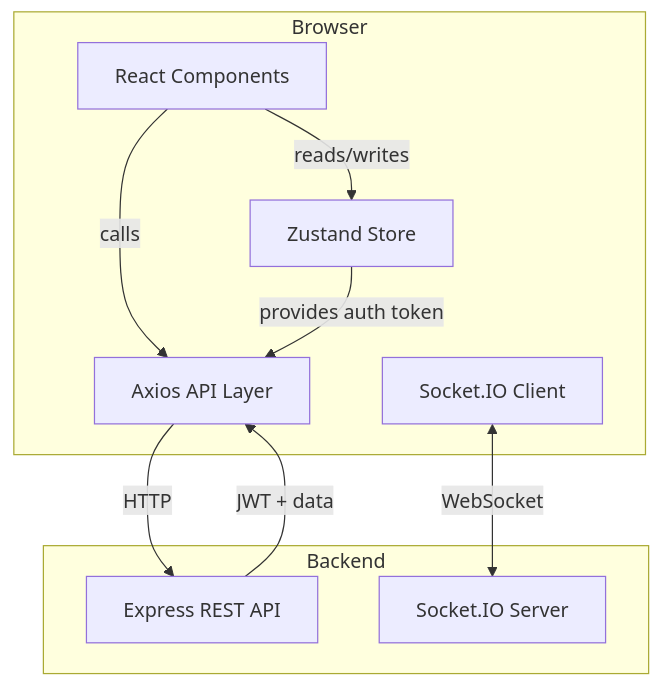
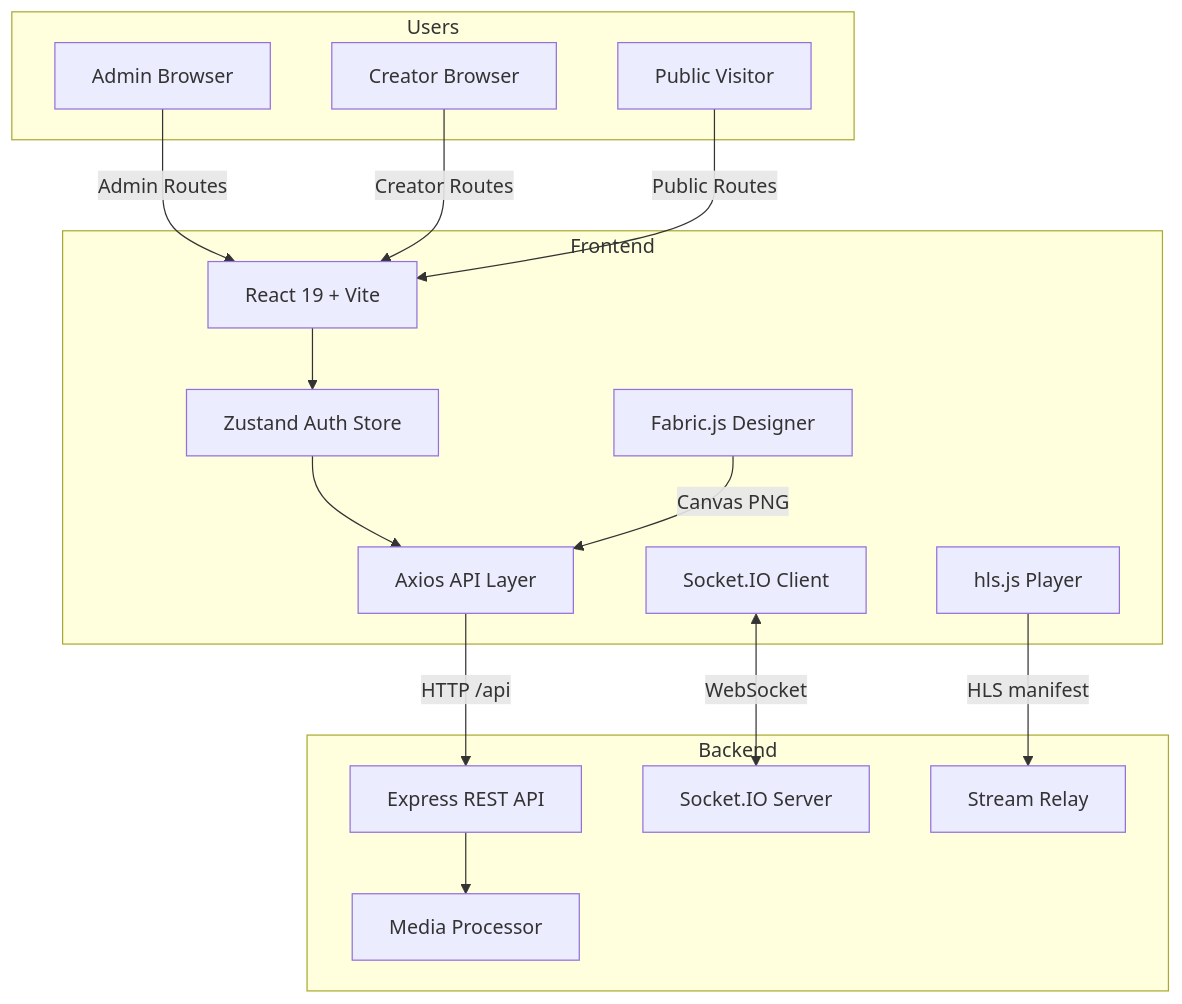
One commit to DevaBDM/Smart-Signage-System changed the first of 5 diagrams in frontend/README.md. Above: the diagram before and after it, drawn with Mermaid. The commit also changed other lines of this file and 10 other files, not shown here.

````diff
--- a/frontend/README.md
+++ b/frontend/README.md
@@ -90,21 +94,35 @@
 ```mermaid
 flowchart TB
-    subgraph Browser
-        A[React Components]
-        B[Zustand Store]
-        C[Axios API Layer]
-        D[Socket.IO Client]
+    subgraph Users
+        A[Admin Browser]
+        C[Creator Browser]
+        U[Public Visitor]
+    end
+
+    subgraph Frontend
+        R[React 19 + Vite]
+        Z[Zustand Auth Store]
+        AX[Axios API Layer]
+        SO[Socket.IO Client]
+        FB[Fabric.js Designer]
+        HL[hls.js Player]
     end
 
     subgraph Backend
         E[Express REST API]
-        F[Socket.IO Server]
+        S[Socket.IO Server]
+        M[Media Processor]
+        L[Stream Relay]
     end
 
-    A -->|reads/writes| B
-    A -->|calls| C
-    C -->|HTTP| E
-    D <-->|WebSocket| F
-    B -->|provides auth token| C
-    E -->|JWT + data| C
+    A -->|Admin Routes| R
+    C -->|Creator Routes| R
+    U -->|Public Routes| R
+    R --> Z
+    Z --> AX
+    AX -->|HTTP /api| E
+    SO <-->|WebSocket| S
+    FB -->|Canvas PNG| AX
+    HL -->|HLS manifest| L
+    E --> M
 ```
````
